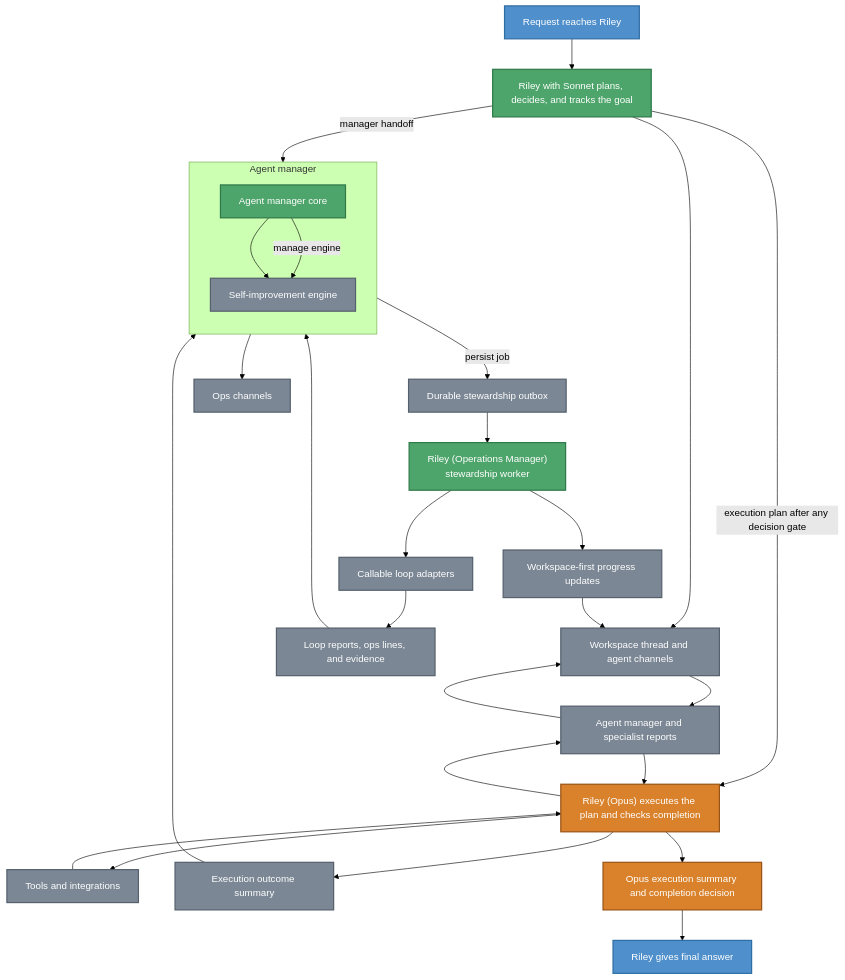
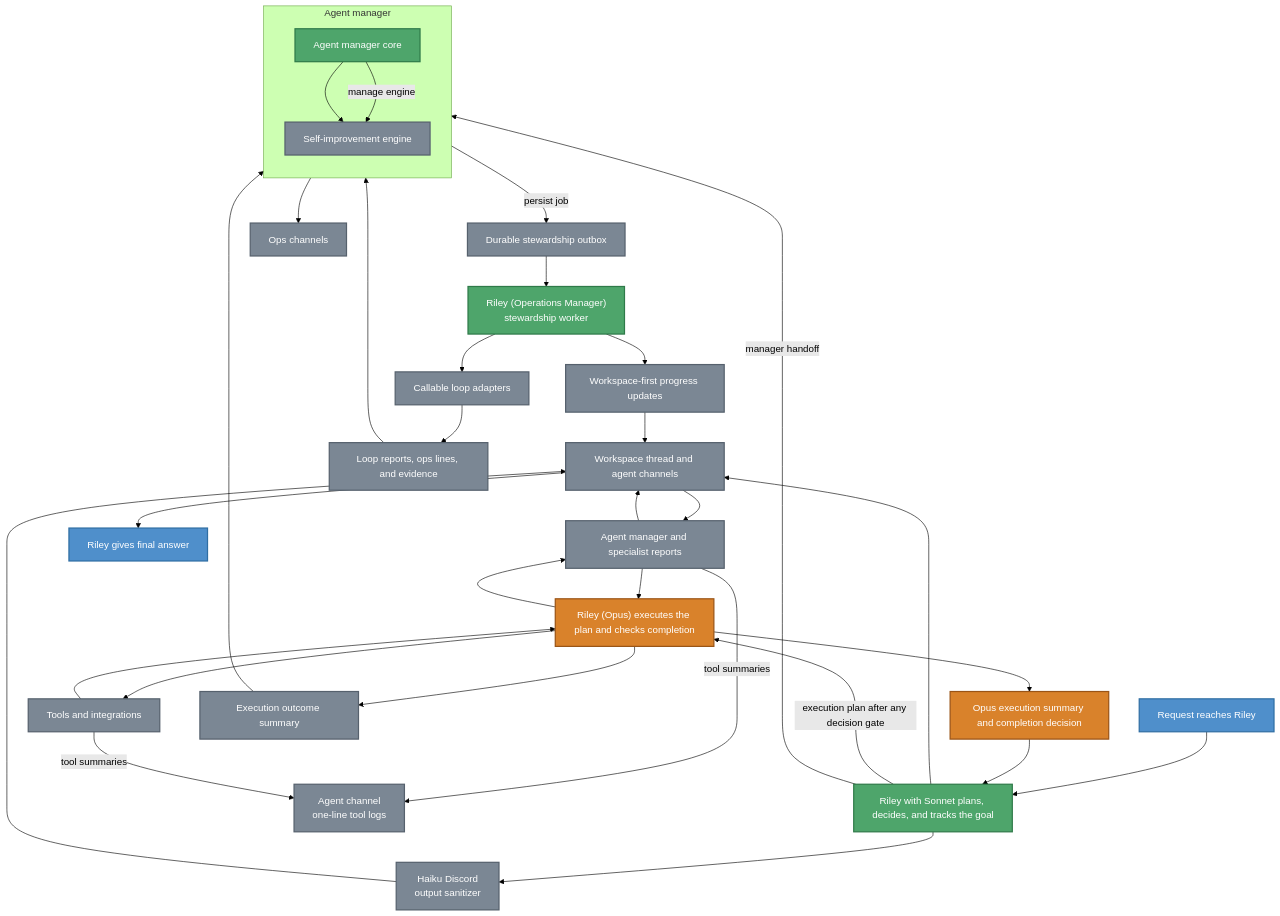
One commit to jflessenkemper/ASAP-discord changed the third of 4 diagrams in .github/ARCHITECTURE.md. Above: the diagram before and after it, drawn with Mermaid (forest theme). The commit also changed other lines of this file and 6 other files, not shown here.

Commit message:
Sanitize Discord output and align diagrams

````diff
--- a/.github/ARCHITECTURE.md
+++ b/.github/ARCHITECTURE.md
@@ -195,54 +219,60 @@
 ```mermaid
 flowchart TB
     Request[Request reaches Riley]
     Riley[Riley with Sonnet plans, decides, and tracks the goal]
     Workspace[Workspace thread and agent channels]
+    OutputSanitizer["Haiku Discord\noutput sanitizer"]
+    ToolLogs["Agent channel\none-line tool logs"]
     Opus["Riley (Opus) executes the plan and checks completion"]
     Specialists[Agent manager and specialist reports]
     Tools[Tools and integrations]
     ExecutionOutcome[Execution outcome summary]
     StewardQueue[Durable stewardship outbox]
     OpsSteward["Riley (Operations Manager)\nstewardship worker"]
     LoopAdapters[Callable loop adapters]
     LoopReports[Loop reports, ops lines, and evidence]
     OpsChannels[Ops channels]
     WorkspaceUpdates[Workspace-first progress updates]
     OpusReturn["Opus execution summary and completion decision"]
     FinalAnswer[Riley gives final answer]
 
     subgraph AgentManager[Agent manager]
         direction TB
         AgentManagerCore[Agent manager core]
         SelfImproveEngine[Self-improvement engine]
         AgentManagerCore --> SelfImproveEngine
     end
 
     Request --> Riley
     Riley --> Workspace
     Riley -->|execution plan after any decision gate| Opus
     Riley -->|manager handoff| AgentManager
     Opus --> Specialists
     Specialists --> Workspace
     Workspace --> Specialists
     Specialists --> Opus
     Opus --> Tools --> Opus
+    Specialists -->|tool summaries| ToolLogs
+    Tools -->|tool summaries| ToolLogs
     Opus --> ExecutionOutcome --> AgentManagerCore
     AgentManagerCore -->|manage engine| SelfImproveEngine
     SelfImproveEngine -->|persist job| StewardQueue --> OpsSteward
     OpsSteward --> LoopAdapters --> LoopReports --> SelfImproveEngine
     SelfImproveEngine --> OpsChannels
     OpsSteward --> WorkspaceUpdates --> Workspace
     Opus --> OpusReturn
-    OpusReturn --> FinalAnswer
+    OpusReturn --> Riley
+    Riley --> OutputSanitizer --> Workspace
+    Workspace --> FinalAnswer
 
     classDef user fill:#4f8fcb,stroke:#2f6ea3,color:#ffffff,stroke-width:2px;
     classDef riley fill:#4ea56b,stroke:#2f7a49,color:#ffffff,stroke-width:2px;
     classDef opus fill:#d9822b,stroke:#9a5416,color:#ffffff,stroke-width:2px;
     classDef surface fill:#7b8794,stroke:#56616d,color:#ffffff,stroke-width:2px;
 
     class Request,FinalAnswer user;
     class Riley,AgentManagerCore riley;
     class Opus,OpusReturn opus;
-    class Workspace,Specialists,Tools,SelfImproveEngine,ExecutionOutcome,StewardQueue,LoopAdapters,LoopReports,OpsChannels,WorkspaceUpdates surface;
+    class Workspace,OutputSanitizer,ToolLogs,Specialists,Tools,SelfImproveEngine,ExecutionOutcome,StewardQueue,LoopAdapters,LoopReports,OpsChannels,WorkspaceUpdates surface;
     class OpsSteward riley;
 ```
````
